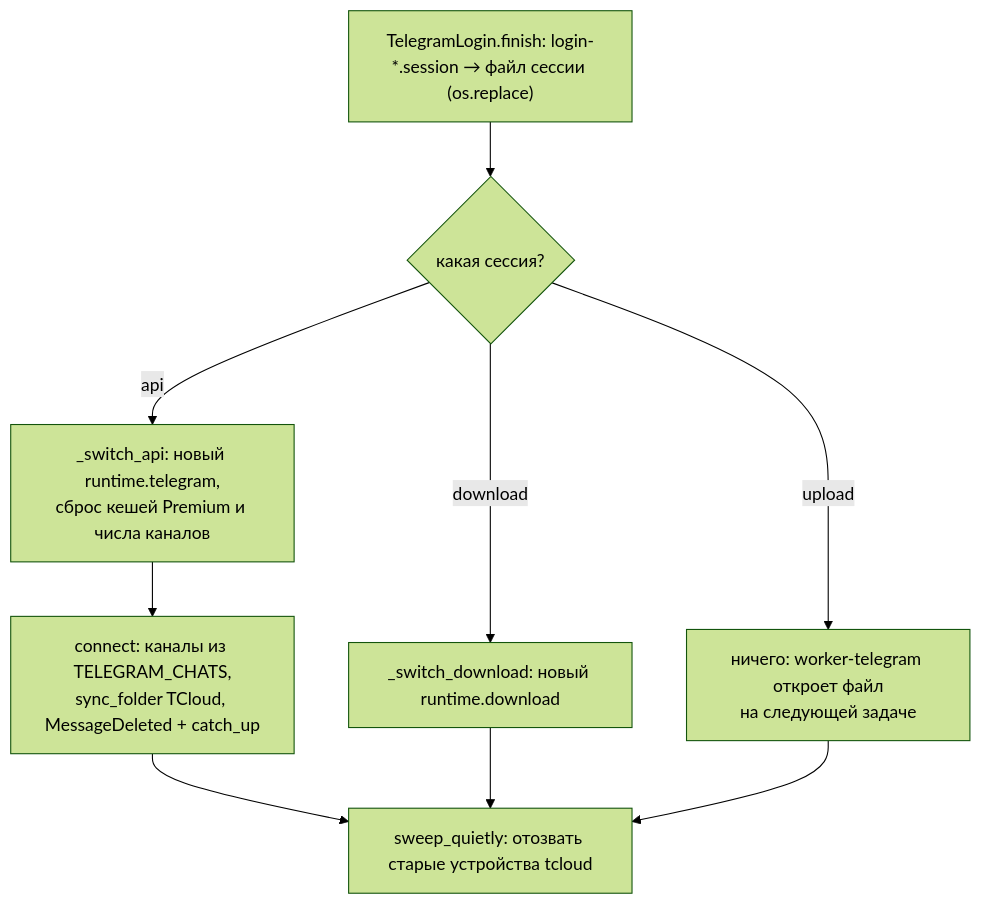
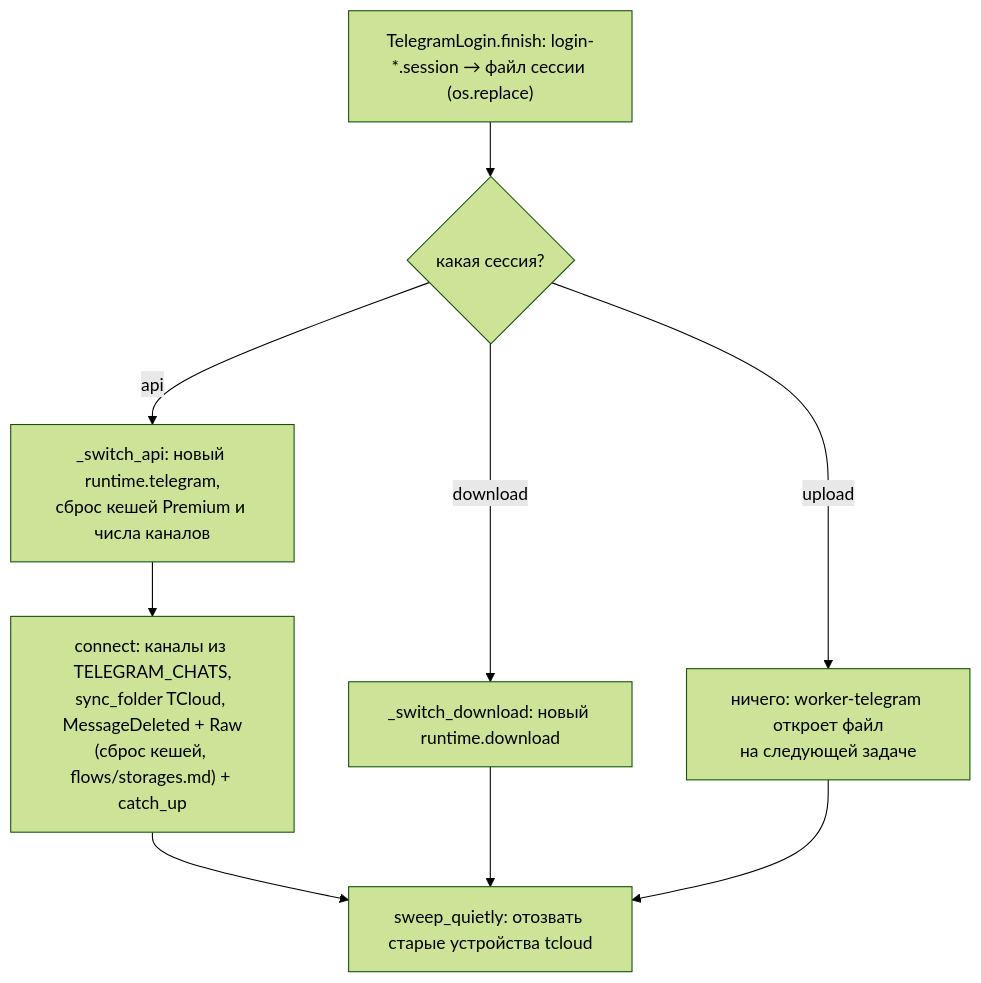
One commit to NikitkaZXC/tcloud-backend changed the second of 2 diagrams in docs/flows/auth.md. Above: the diagram before and after it, drawn with Mermaid (forest theme). The commit also changed 8 other files, not shown here.

````diff
--- a/docs/flows/auth.md
+++ b/docs/flows/auth.md
@@ -65,11 +65,11 @@
 ```mermaid
 flowchart TD
     done["TelegramLogin.finish: login-*.session → файл сессии (os.replace)"] --> which{"какая сессия?"}
     which -->|api| api["_switch_api: новый runtime.telegram,<br/>сброс кешей Premium и числа каналов"]
-    api --> connect["connect: каналы из TELEGRAM_CHATS,<br/>sync_folder TCloud, MessageDeleted + catch_up"]
+    api --> connect["connect: каналы из TELEGRAM_CHATS,<br/>sync_folder TCloud, MessageDeleted + Raw<br/>(сброс кешей, flows/storages.md) + catch_up"]
     which -->|download| dl["_switch_download: новый runtime.download"]
     which -->|upload| up["ничего: worker-telegram откроет файл<br/>на следующей задаче"]
     connect --> sweep["sweep_quietly: отозвать старые устройства tcloud"]
     dl --> sweep
     up --> sweep
 ```
````
